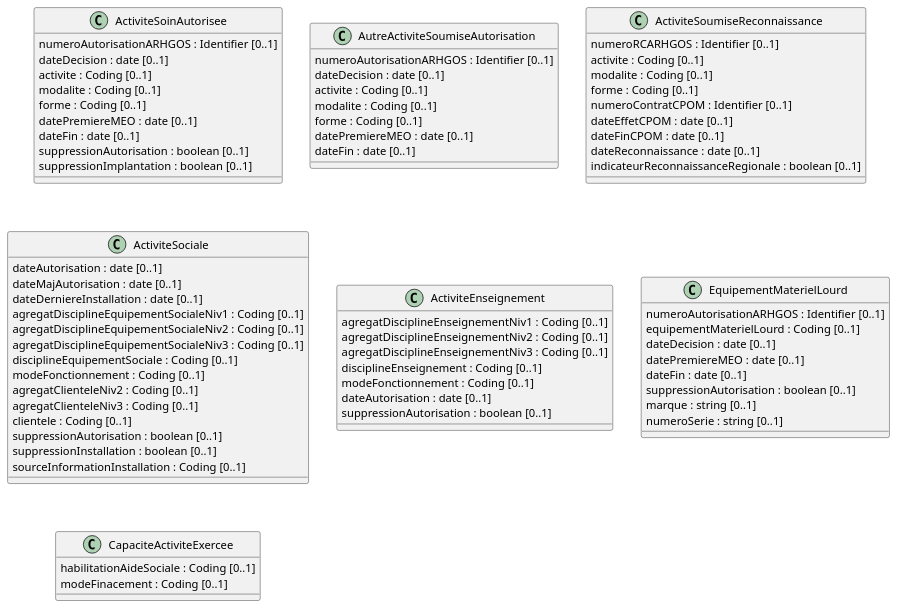
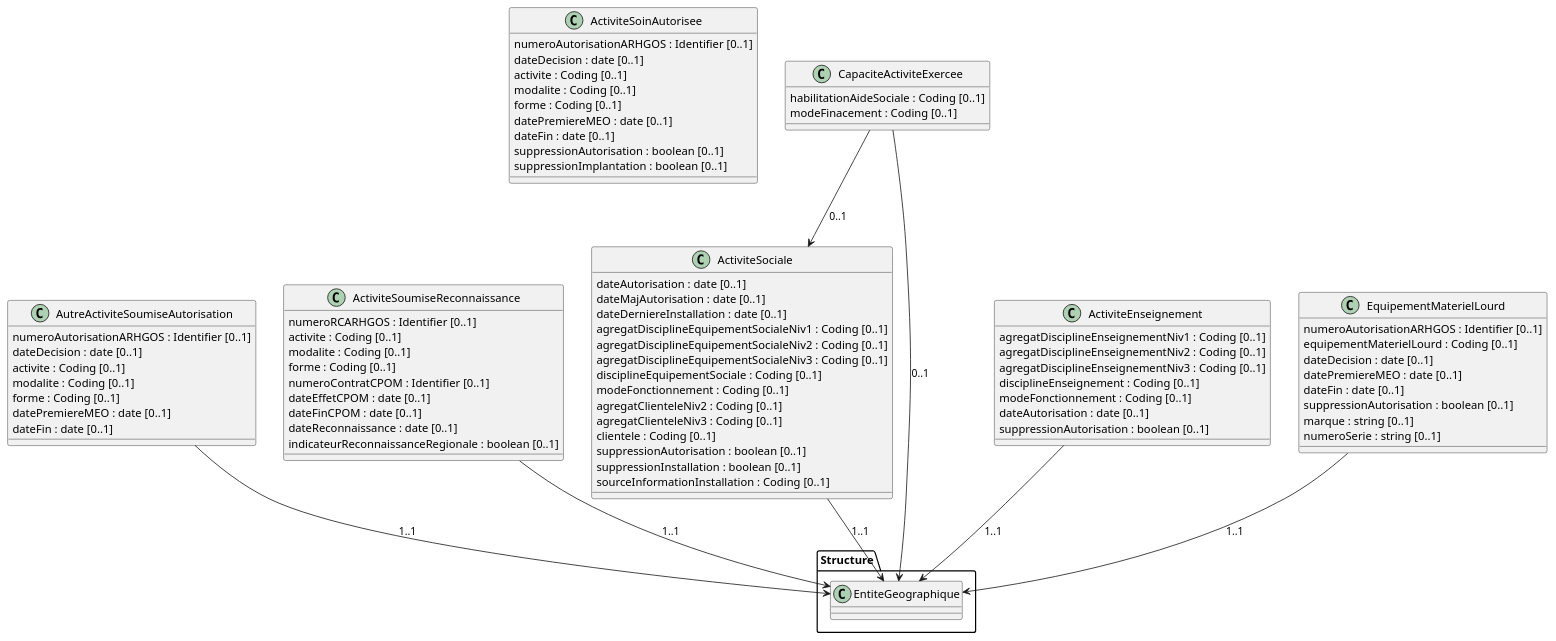
The diagram in input/images-source/Autorisation.plantuml (ansforge/IG-modele-objets-sante), drawn with PlantUML before and after one commit. The commit also changed 53 other files, not shown here.

Commit message:
Diagramme avec Références

```diff
--- a/input/images-source/Autorisation.plantuml
+++ b/input/images-source/Autorisation.plantuml
@@ -1,81 +1,97 @@
 @startuml
 
 Class ActiviteSoinAutorisee {
   numeroAutorisationARHGOS : Identifier [0..1]
   dateDecision : date [0..1]
   activite : Coding [0..1]
   modalite : Coding [0..1]
   forme : Coding [0..1]
   datePremiereMEO : date [0..1]
   dateFin : date [0..1]
   suppressionAutorisation : boolean [0..1]
   suppressionImplantation : boolean [0..1]
 }
 
 Class AutreActiviteSoumiseAutorisation {
   numeroAutorisationARHGOS : Identifier [0..1]
   dateDecision : date [0..1]
   activite : Coding [0..1]
   modalite : Coding [0..1]
   forme : Coding [0..1]
   datePremiereMEO : date [0..1]
   dateFin : date [0..1]
 }
 
 Class ActiviteSoumiseReconnaissance {
   numeroRCARHGOS : Identifier [0..1]
   activite : Coding [0..1]
   modalite : Coding [0..1]
   forme : Coding [0..1]
   numeroContratCPOM : Identifier [0..1]
   dateEffetCPOM : date [0..1]
   dateFinCPOM : date [0..1]
   dateReconnaissance : date [0..1]
   indicateurReconnaissanceRegionale : boolean [0..1]
 }
 
 Class ActiviteSociale {
   dateAutorisation : date [0..1]
   dateMajAutorisation : date [0..1]
   dateDerniereInstallation : date [0..1]
   agregatDisciplineEquipementSocialeNiv1 : Coding [0..1]
   agregatDisciplineEquipementSocialeNiv2 : Coding [0..1]
   agregatDisciplineEquipementSocialeNiv3 : Coding [0..1]
   disciplineEquipementSociale : Coding [0..1]
   modeFonctionnement : Coding [0..1]
   agregatClienteleNiv2 : Coding [0..1]
   agregatClienteleNiv3 : Coding [0..1]
   clientele : Coding [0..1]
   suppressionAutorisation : boolean [0..1]
   suppressionInstallation : boolean [0..1]
   sourceInformationInstallation : Coding [0..1]
 }
 
 Class ActiviteEnseignement {
   agregatDisciplineEnseignementNiv1 : Coding [0..1]
   agregatDisciplineEnseignementNiv2 : Coding [0..1]
   agregatDisciplineEnseignementNiv3 : Coding [0..1]
   disciplineEnseignement : Coding [0..1]
   modeFonctionnement : Coding [0..1]
   dateAutorisation : date [0..1]
   suppressionAutorisation : boolean [0..1]
 }
 
 Class EquipementMaterielLourd {
   numeroAutorisationARHGOS : Identifier [0..1]
   equipementMaterielLourd : Coding [0..1]
   dateDecision : date [0..1]
   datePremiereMEO : date [0..1]
   dateFin : date [0..1]
   suppressionAutorisation : boolean [0..1]
   marque : string [0..1]
   numeroSerie : string [0..1]
 }
 
 Class CapaciteActiviteExercee {
   habilitationAideSociale : Coding [0..1]
   modeFinacement : Coding [0..1]
 }
 
 
+package "Structure" {
+  Class EntiteGeographique
+  Class EntiteGeographique
+  Class EntiteGeographique
+  Class EntiteGeographique
+  Class EntiteGeographique
+  Class EntiteGeographique
+}
+AutreActiviteSoumiseAutorisation --> EntiteGeographique : 1..1
+ActiviteSoumiseReconnaissance --> EntiteGeographique : 1..1
+ActiviteSociale --> EntiteGeographique : 1..1
+ActiviteEnseignement --> EntiteGeographique : 1..1
+EquipementMaterielLourd --> EntiteGeographique : 1..1
+CapaciteActiviteExercee --> EntiteGeographique : 0..1
+CapaciteActiviteExercee --> ActiviteSociale : 0..1
+
 @enduml
```
